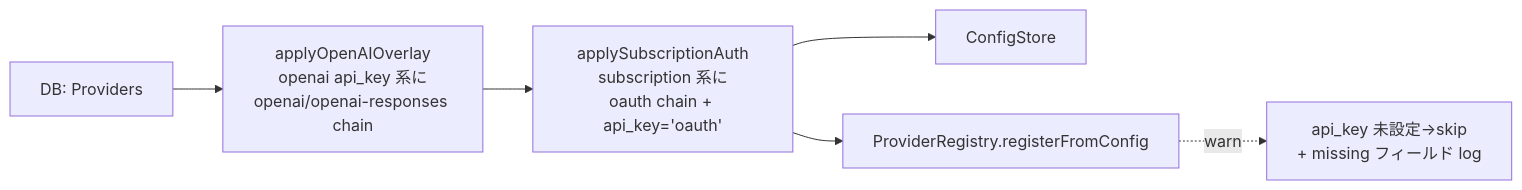
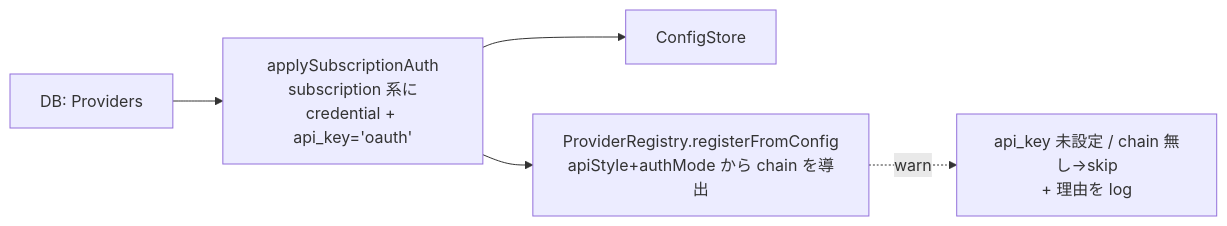
One commit to tkgstrator/claude-code-router changed the ninth of 12 diagrams in docs/architecture/pipeline-overview.md. Above: the diagram before and after it, drawn with Mermaid. The commit also changed other lines of this file and 42 other files, not shown here.

First line of the commit message:
refactor(transformers): derive chains from api_style and auth_mode

````diff
--- a/docs/architecture/pipeline-overview.md
+++ b/docs/architecture/pipeline-overview.md
@@ -410,8 +425,7 @@
 ```mermaid
 flowchart LR
-  CFG[DB: Providers] --> AO[applyOpenAIOverlay<br/>openai api_key 系に<br/>openai/openai-responses chain]
-  AO --> SA[applySubscriptionAuth<br/>subscription 系に<br/>oauth chain + api_key='oauth']
+  CFG[DB: Providers] --> SA[applySubscriptionAuth<br/>subscription 系に<br/>credential + api_key='oauth']
   SA --> CS[ConfigStore]
-  SA --> PR[ProviderRegistry.registerFromConfig]
-  PR -.warn.-> SKIP[api_key 未設定→skip<br/>+ missing フィールド log]
+  SA --> PR[ProviderRegistry.registerFromConfig<br/>apiStyle+authMode から chain を導出]
+  PR -.warn.-> SKIP[api_key 未設定 / chain 無し→skip<br/>+ 理由を log]
 ```
````
